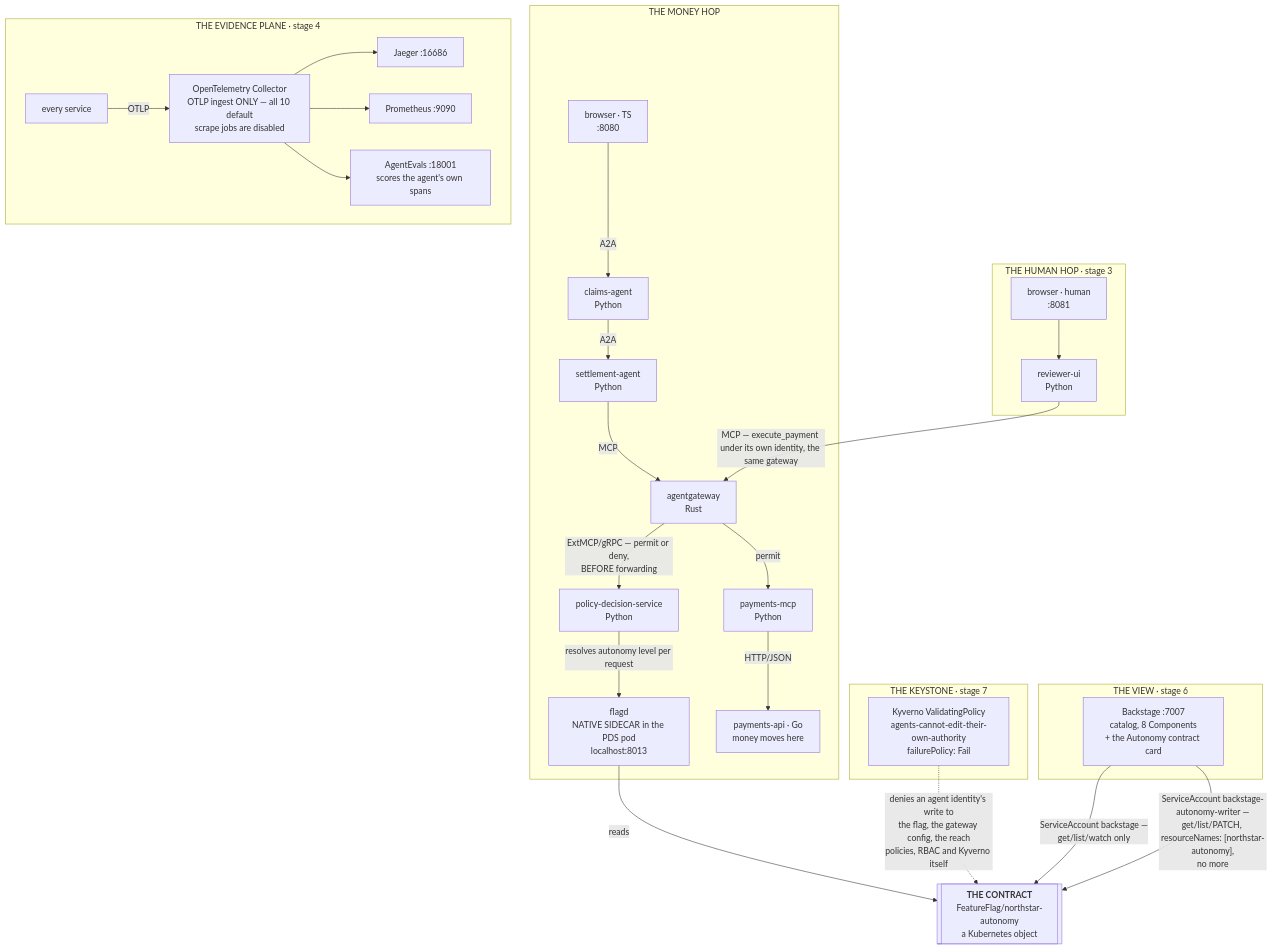
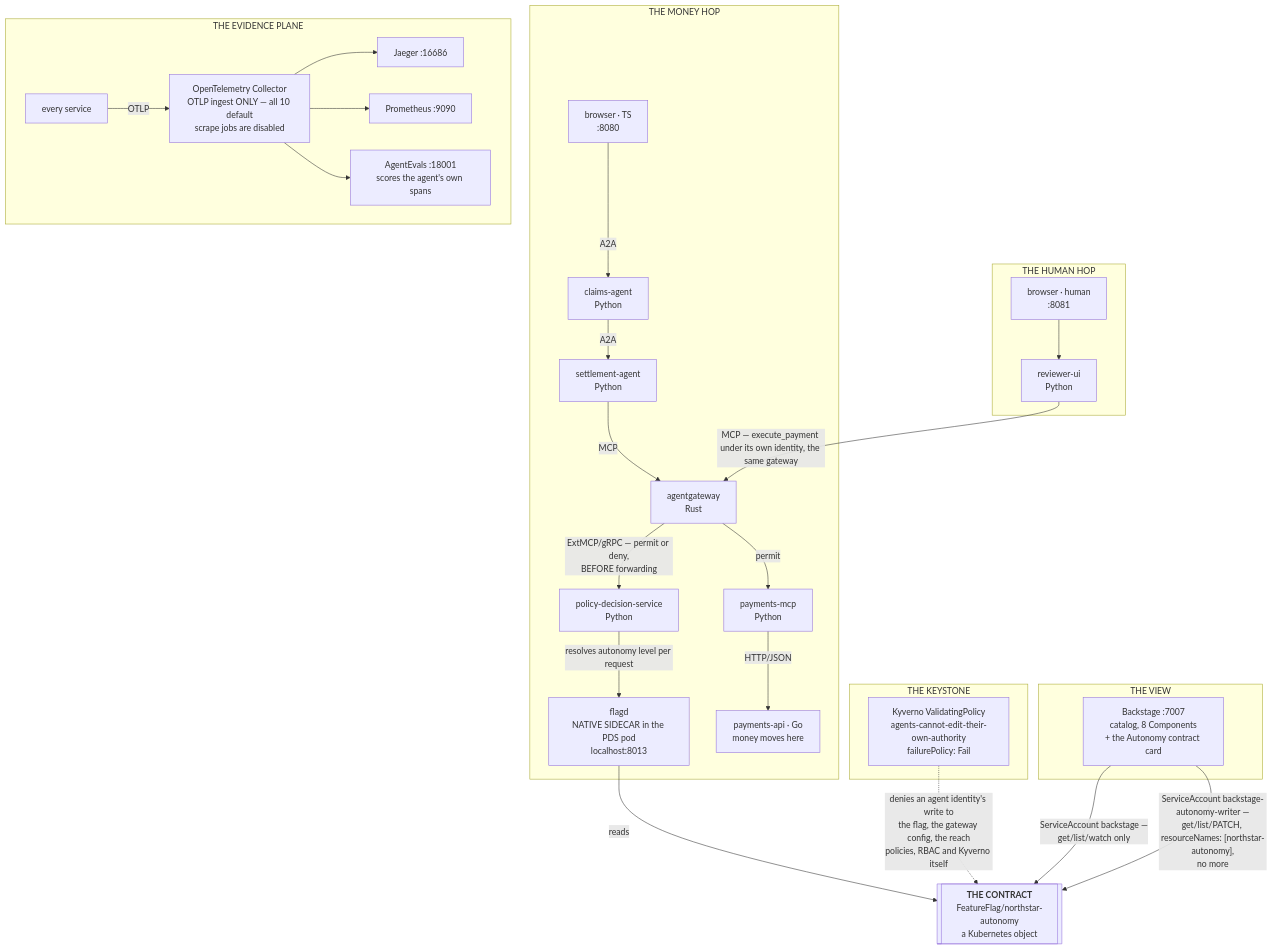
Before and after one commit to kaspernissen/aip-demo: the second of 4 diagrams in docs/demo-runbook.md, drawn with Mermaid. The commit also changed other lines of this file, not shown here.

Commit message:
runbook: remove stage tags from beat headings and diagrams

```diff
--- a/docs/demo-runbook.md
+++ b/docs/demo-runbook.md
@@ -103,64 +103,64 @@
 <pre class="mermaid">
 flowchart TD
     subgraph money["THE MONEY HOP"]
         br["`browser · TS
       :8080`"] -->|A2A| ca["`claims-agent
       Python`"]
         ca -->|A2A| sa["`settlement-agent
       Python`"]
         sa -->|MCP| gw["`agentgateway
       Rust`"]
         gw -->|"`ExtMCP/gRPC — permit or deny,
       BEFORE forwarding`"| pds["`policy-decision-service
       Python`"]
         pds -->|"resolves autonomy level per request"| fd["`flagd
       NATIVE SIDECAR in the PDS pod
       localhost:8013`"]
         gw -->|permit| pm["`payments-mcp
       Python`"]
         pm -->|"HTTP/JSON"| pa["`payments-api · Go
       money moves here`"]
     end
 
     ff[["`**THE CONTRACT**
       FeatureFlag/northstar-autonomy
       a Kubernetes object`"]]
     fd -->|reads| ff
 
-    subgraph humanhop["THE HUMAN HOP · stage 3"]
+    subgraph humanhop["THE HUMAN HOP"]
         hb["`browser · human
       :8081`"] --> ru["`reviewer-ui
       Python`"]
     end
     ru -->|"MCP — execute_payment under its own identity, the same gateway"| gw
 
-    subgraph evidence["THE EVIDENCE PLANE · stage 4"]
+    subgraph evidence["THE EVIDENCE PLANE"]
         svc["every service"] -->|OTLP| col["`OpenTelemetry Collector
       OTLP ingest ONLY — all 10 default
       scrape jobs are disabled`"]
         col --> jg["Jaeger :16686"]
         col --> pr["Prometheus :9090"]
         col --> ae["`AgentEvals :18001
       scores the agent's own spans`"]
     end
 
-    subgraph view["THE VIEW · stage 6"]
+    subgraph view["THE VIEW"]
         bs["`Backstage :7007
       catalog, 8 Components
       + the Autonomy contract card`"]
     end
 
-    subgraph keystone["THE KEYSTONE · stage 7"]
+    subgraph keystone["THE KEYSTONE"]
         kv["`Kyverno ValidatingPolicy
       agents-cannot-edit-their-own-authority
       failurePolicy: Fail`"]
     end
     kv -.->|"`denies an agent identity's write to
       the flag, the gateway config, the reach
       policies, RBAC and Kyverno itself`"| ff
     bs -->|"`ServiceAccount backstage —
       get/list/watch only`"| ff
     bs -->|"`ServiceAccount backstage-autonomy-writer —
       get/list/PATCH, resourceNames: [northstar-autonomy],
       no more`"| ff
 </pre>
```
